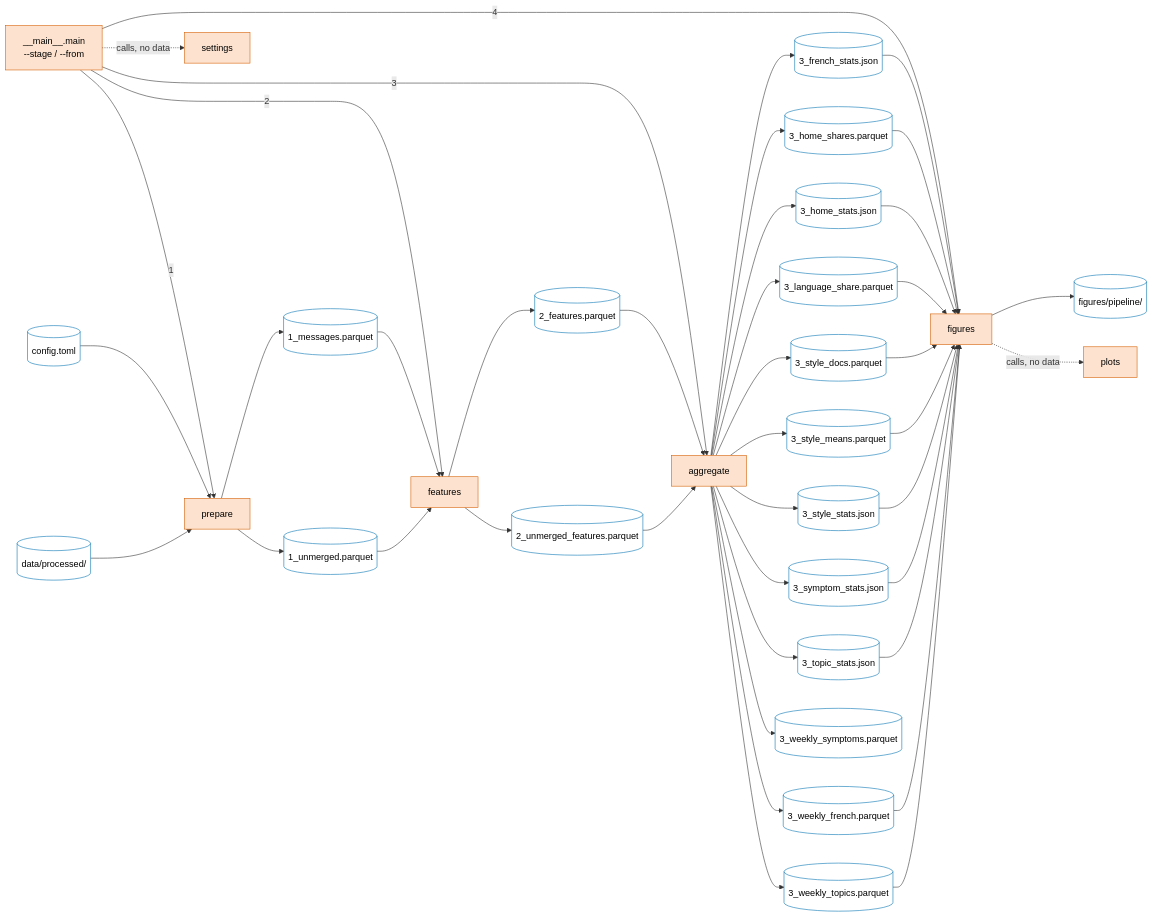
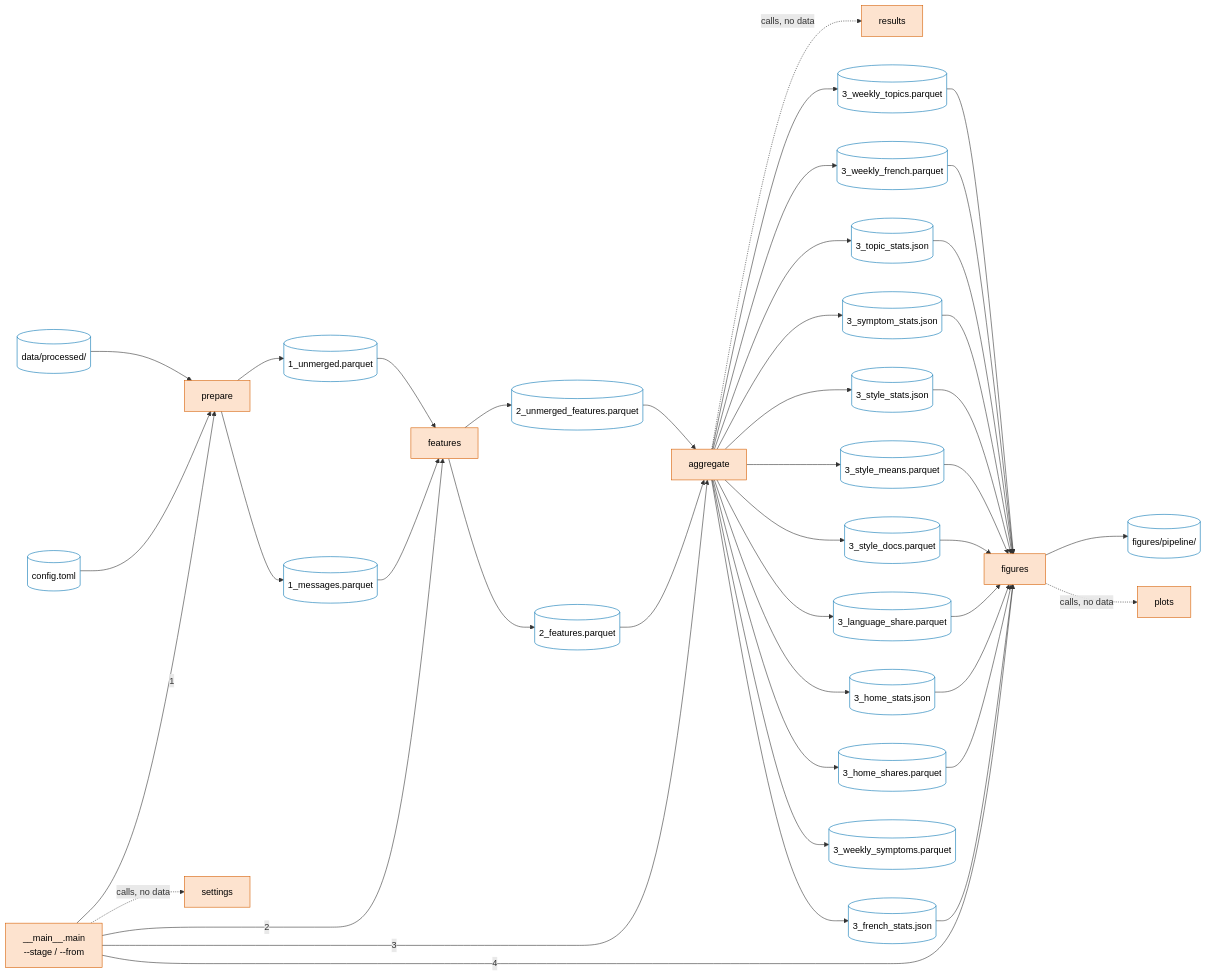
The second of 2 diagrams in roos_pipeline/README.md (RoosCocolien/MADS-DAV), drawn with Mermaid before and after one commit. The commit also changed other lines of this file and 75 other files, not shown here.

````diff
--- a/roos_pipeline/README.md
+++ b/roos_pipeline/README.md
@@ -108,75 +114,77 @@
 ```mermaid
 flowchart LR
     main["__main__.main<br/>--stage / --from"]
     prepare["prepare"]
     features["features"]
     aggregate["aggregate"]
     figures["figures"]
     plots["plots"]
+    results["results"]
     settings["settings"]
     p_config_toml[("config.toml")]
     p_data_processed[("data/processed/")]
     p_1_messages_parquet[("1_messages.parquet")]
     p_1_unmerged_parquet[("1_unmerged.parquet")]
     p_2_features_parquet[("2_features.parquet")]
     p_2_unmerged_features_parquet[("2_unmerged_features.parquet")]
     p_3_french_stats_json[("3_french_stats.json")]
     p_3_home_shares_parquet[("3_home_shares.parquet")]
     p_3_home_stats_json[("3_home_stats.json")]
     p_3_language_share_parquet[("3_language_share.parquet")]
     p_3_style_docs_parquet[("3_style_docs.parquet")]
     p_3_style_means_parquet[("3_style_means.parquet")]
     p_3_style_stats_json[("3_style_stats.json")]
     p_3_symptom_stats_json[("3_symptom_stats.json")]
     p_3_topic_stats_json[("3_topic_stats.json")]
     p_3_weekly_french_parquet[("3_weekly_french.parquet")]
     p_3_weekly_symptoms_parquet[("3_weekly_symptoms.parquet")]
     p_3_weekly_topics_parquet[("3_weekly_topics.parquet")]
     p_figures_pipeline[("figures/pipeline/")]
 
     main -- "1" --> prepare
     main -- "2" --> features
     main -- "3" --> aggregate
     main -- "4" --> figures
     p_config_toml --> prepare
     p_data_processed --> prepare
     prepare --> p_1_messages_parquet
     prepare --> p_1_unmerged_parquet
     p_1_messages_parquet --> features
     p_1_unmerged_parquet --> features
     features --> p_2_features_parquet
     features --> p_2_unmerged_features_parquet
     p_2_features_parquet --> aggregate
     p_2_unmerged_features_parquet --> aggregate
     aggregate --> p_3_french_stats_json
     aggregate --> p_3_home_shares_parquet
     aggregate --> p_3_home_stats_json
     aggregate --> p_3_language_share_parquet
     aggregate --> p_3_style_docs_parquet
     aggregate --> p_3_style_means_parquet
     aggregate --> p_3_style_stats_json
     aggregate --> p_3_symptom_stats_json
     aggregate --> p_3_topic_stats_json
     aggregate --> p_3_weekly_french_parquet
     aggregate --> p_3_weekly_symptoms_parquet
     aggregate --> p_3_weekly_topics_parquet
     p_3_french_stats_json --> figures
     p_3_home_shares_parquet --> figures
     p_3_home_stats_json --> figures
     p_3_language_share_parquet --> figures
     p_3_style_docs_parquet --> figures
     p_3_style_means_parquet --> figures
     p_3_style_stats_json --> figures
     p_3_symptom_stats_json --> figures
     p_3_topic_stats_json --> figures
     p_3_weekly_french_parquet --> figures
     p_3_weekly_topics_parquet --> figures
     figures --> p_figures_pipeline
     figures -. "calls, no data" .-> plots
+    aggregate -. "calls, no data" .-> results
     main -. "calls, no data" .-> settings
 
     classDef code fill:#fde3cf,stroke:#D55E00,color:#000
     classDef file fill:#fff,stroke:#0072B2,color:#000
-    class main,prepare,features,aggregate,figures,plots,settings code
+    class main,prepare,features,aggregate,figures,plots,results,settings code
     class p_config_toml,p_data_processed,p_1_messages_parquet,p_1_unmerged_parquet,p_2_features_parquet,p_2_unmerged_features_parquet,p_3_french_stats_json,p_3_home_shares_parquet,p_3_home_stats_json,p_3_language_share_parquet,p_3_style_docs_parquet,p_3_style_means_parquet,p_3_style_stats_json,p_3_symptom_stats_json,p_3_topic_stats_json,p_3_weekly_french_parquet,p_3_weekly_symptoms_parquet,p_3_weekly_topics_parquet,p_figures_pipeline file
 ```
````
